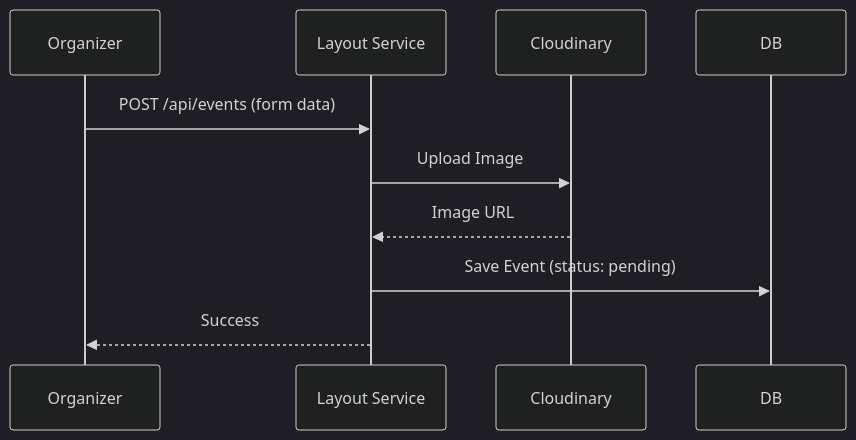
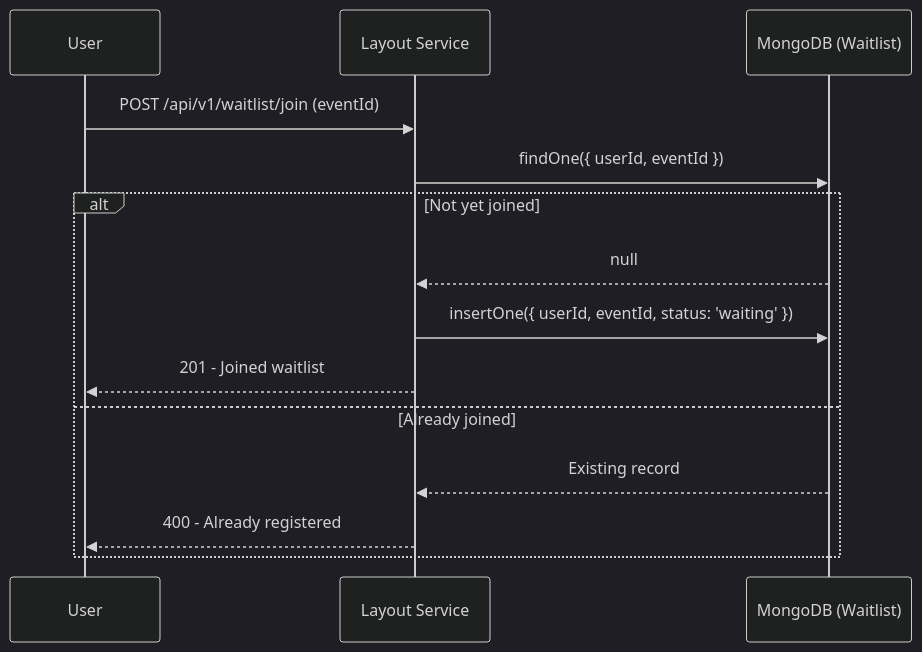
The sixth of 42 diagrams in doc/UML/Nam_BookingOrg.md (SDN-Group5/Event-Ticketing-Platform), drawn with Mermaid (dark theme) before and after one commit. The commit also changed other lines of this file and 2 other files, not shown here.

````diff
--- a/doc/UML/Nam_BookingOrg.md
+++ b/doc/UML/Nam_BookingOrg.md
@@ -73,11 +173,17 @@
 ```mermaid
 sequenceDiagram
-    participant O as Organizer
-    participant L as Layout Service
-    participant C as Cloudinary
-    O->>L: POST /api/events (form data)
-    L->>C: Upload Image
-    C-->>L: Image URL
-    L->>DB: Save Event (status: pending)
-    L-->>O: Success
+    participant U as User
+    participant LS as Layout Service
+    participant DB as MongoDB (Waitlist)
+
+    U->>LS: POST /api/v1/waitlist/join (eventId)
+    LS->>DB: findOne({ userId, eventId })
+    alt Not yet joined
+        DB-->>LS: null
+        LS->>DB: insertOne({ userId, eventId, status: 'waiting' })
+        LS-->>U: 201 - Joined waitlist
+    else Already joined
+        DB-->>LS: Existing record
+        LS-->>U: 400 - Already registered
+    end
 ```
````
